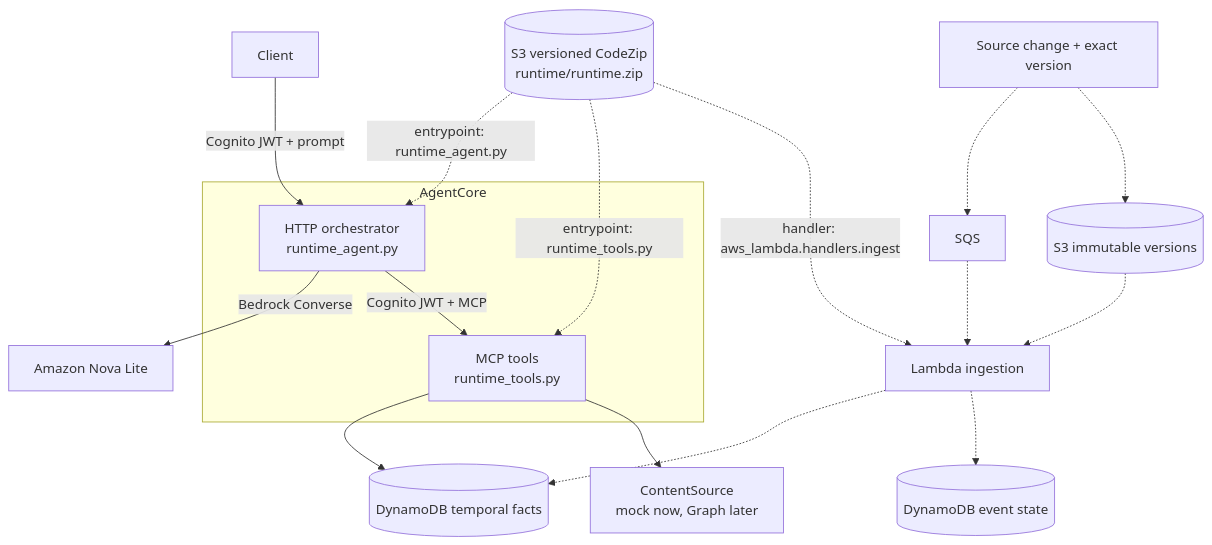
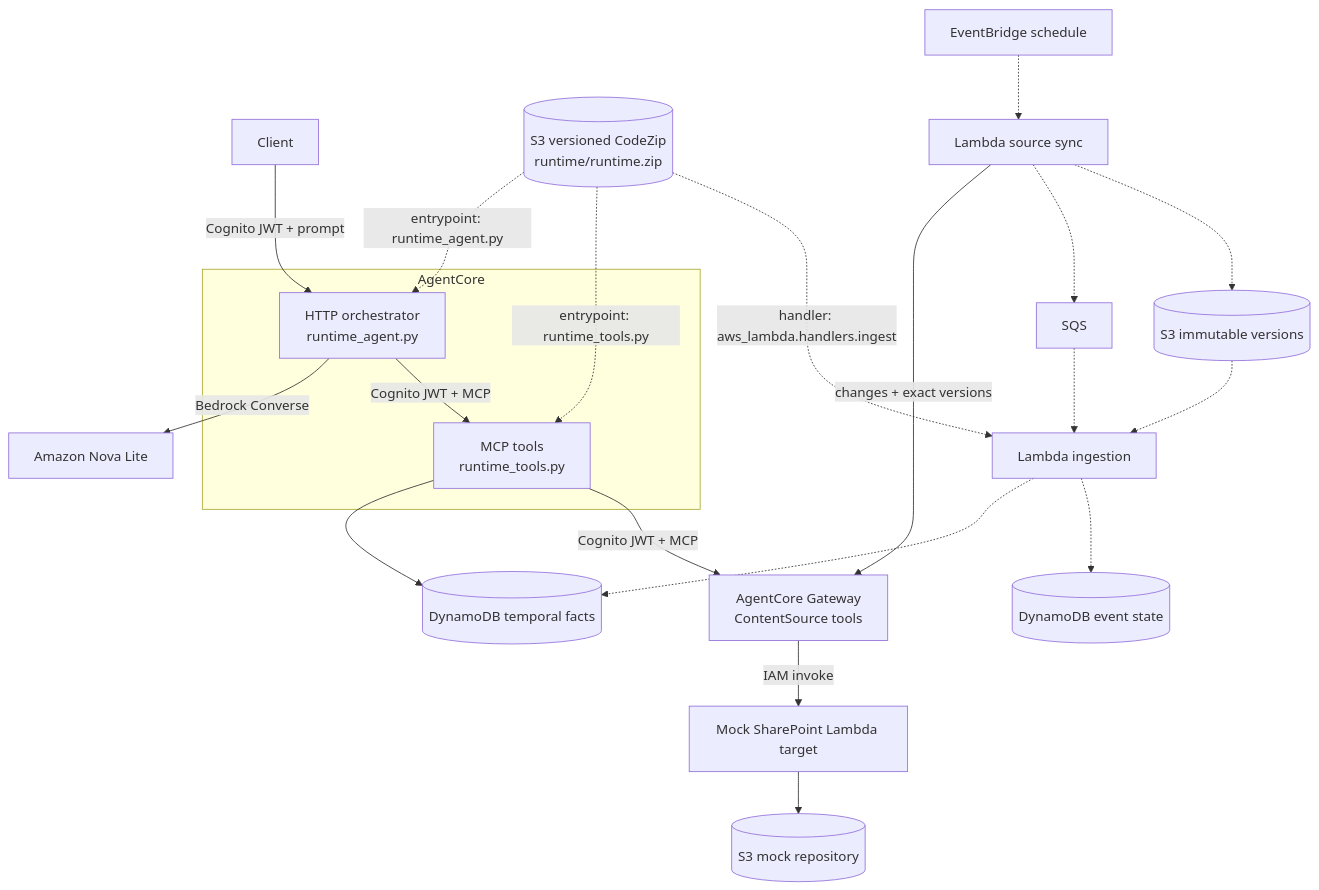
One commit to sumanthx/temporalagent changed the first of 2 diagrams in DESIGN.md. Above: the diagram before and after it, drawn with Mermaid. The commit also changed other lines of this file and 16 other files, not shown here.

Commit message:
Add AgentCore Gateway source boundary

````diff
--- a/DESIGN.md
+++ b/DESIGN.md
@@ -45,27 +47,31 @@
 ```mermaid
 flowchart TD
     U[Client] -->|Cognito JWT + prompt| O
 
     subgraph AgentCore
       O[HTTP orchestrator<br/>runtime_agent.py]
       M[MCP tools<br/>runtime_tools.py]
     end
 
     Z[(S3 versioned CodeZip<br/>runtime/runtime.zip)]
     Z -.->|entrypoint: runtime_agent.py| O
     Z -.->|entrypoint: runtime_tools.py| M
 
     O -->|Bedrock Converse| B[Amazon Nova Lite]
     O -->|Cognito JWT + MCP| M
 
     M --> D[(DynamoDB temporal facts)]
-    M --> C[ContentSource<br/>mock now, Graph later]
+    M -->|Cognito JWT + MCP| G[AgentCore Gateway<br/>ContentSource tools]
+    G -->|IAM invoke| C[Mock SharePoint Lambda target]
+    C --> F[(S3 mock repository)]
 
-    S[Source change + exact version] -.-> Q[SQS]
-    S -.-> A[(S3 immutable versions)]
+    E[EventBridge schedule] -.-> Y[Lambda source sync]
+    Y -->|changes + exact versions| G
+    Y -.-> Q[SQS]
+    Y -.-> A[(S3 immutable versions)]
     Q -.-> L[Lambda ingestion]
     Z -.->|handler: aws_lambda.handlers.ingest| L
     A -.-> L
     L -.-> D
     L -.-> ST[(DynamoDB event state)]
 ```
````
